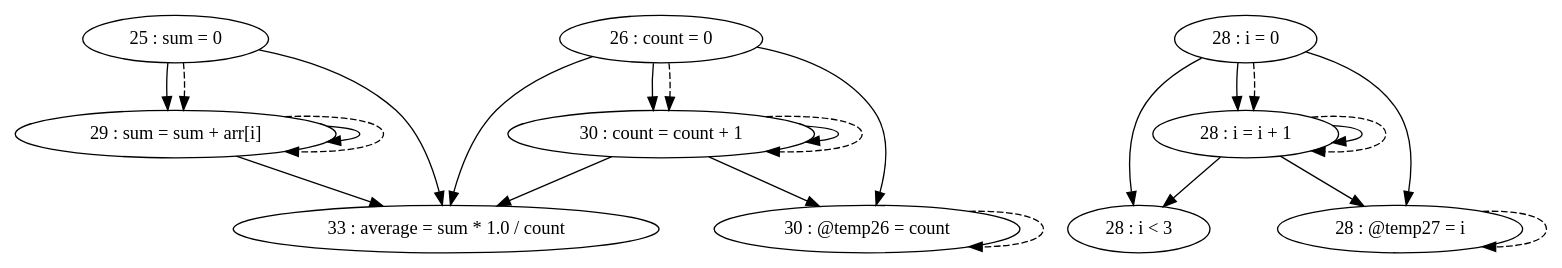
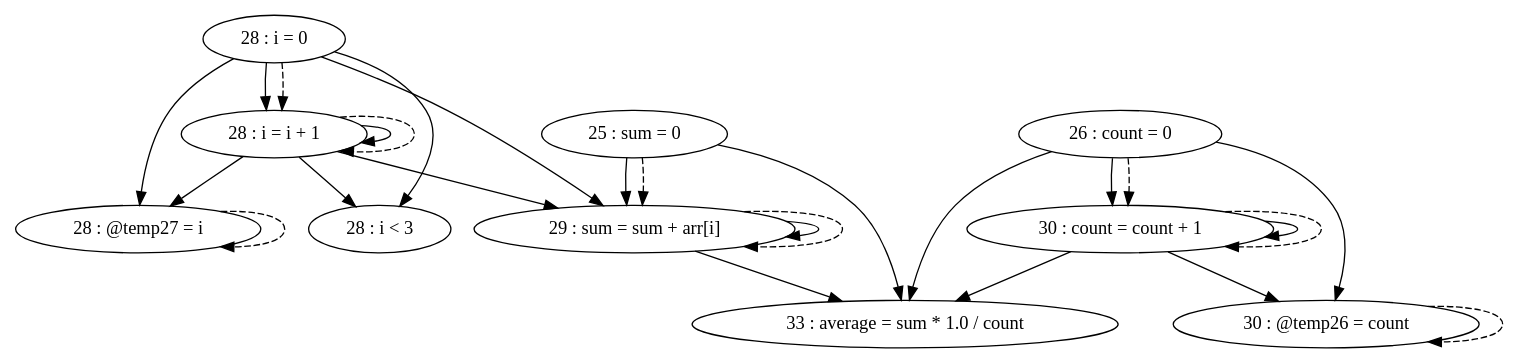
Before and after one commit to thomassimko/thesis-code-duplication: the diagram in pdg/source/testFiles/TestCases/TestCase11/TestCase11-test2.gv, drawn with Graphviz. The commit also changed 33 other files, not shown here.

```diff
--- a/pdg/source/testFiles/TestCases/TestCase11/TestCase11-test2.gv
+++ b/pdg/source/testFiles/TestCases/TestCase11/TestCase11-test2.gv
@@ -1,36 +1,38 @@
 digraph G {
 "25 : sum = 0"
 "25 : sum = 0" -> "29 : sum = sum + arr[i]"
 "25 : sum = 0" -> "33 : average = sum * 1.0 / count"
 "25 : sum = 0" -> "29 : sum = sum + arr[i]" [style=dashed]
 "26 : count = 0"
 "26 : count = 0" -> "33 : average = sum * 1.0 / count"
 "26 : count = 0" -> "30 : count = count + 1"
 "26 : count = 0" -> "30 : @temp26 = count"
 "26 : count = 0" -> "30 : count = count + 1" [style=dashed]
 "28 : i = 0"
+"28 : i = 0" -> "29 : sum = sum + arr[i]"
 "28 : i = 0" -> "28 : i < 3"
 "28 : i = 0" -> "28 : i = i + 1"
 "28 : i = 0" -> "28 : @temp27 = i"
 "28 : i = 0" -> "28 : i = i + 1" [style=dashed]
 "28 : i < 3"
 "29 : sum = sum + arr[i]"
 "29 : sum = sum + arr[i]" -> "29 : sum = sum + arr[i]"
 "29 : sum = sum + arr[i]" -> "33 : average = sum * 1.0 / count"
 "29 : sum = sum + arr[i]" -> "29 : sum = sum + arr[i]" [style=dashed]
 "30 : @temp26 = count"
 "30 : @temp26 = count" -> "30 : @temp26 = count" [style=dashed]
 "30 : count = count + 1"
 "30 : count = count + 1" -> "33 : average = sum * 1.0 / count"
 "30 : count = count + 1" -> "30 : count = count + 1"
 "30 : count = count + 1" -> "30 : @temp26 = count"
 "30 : count = count + 1" -> "30 : count = count + 1" [style=dashed]
 "28 : @temp27 = i"
 "28 : @temp27 = i" -> "28 : @temp27 = i" [style=dashed]
 "28 : i = i + 1"
+"28 : i = i + 1" -> "29 : sum = sum + arr[i]"
 "28 : i = i + 1" -> "28 : i < 3"
 "28 : i = i + 1" -> "28 : i = i + 1"
 "28 : i = i + 1" -> "28 : @temp27 = i"
 "28 : i = i + 1" -> "28 : i = i + 1" [style=dashed]
 "33 : average = sum * 1.0 / count"
 }
```
